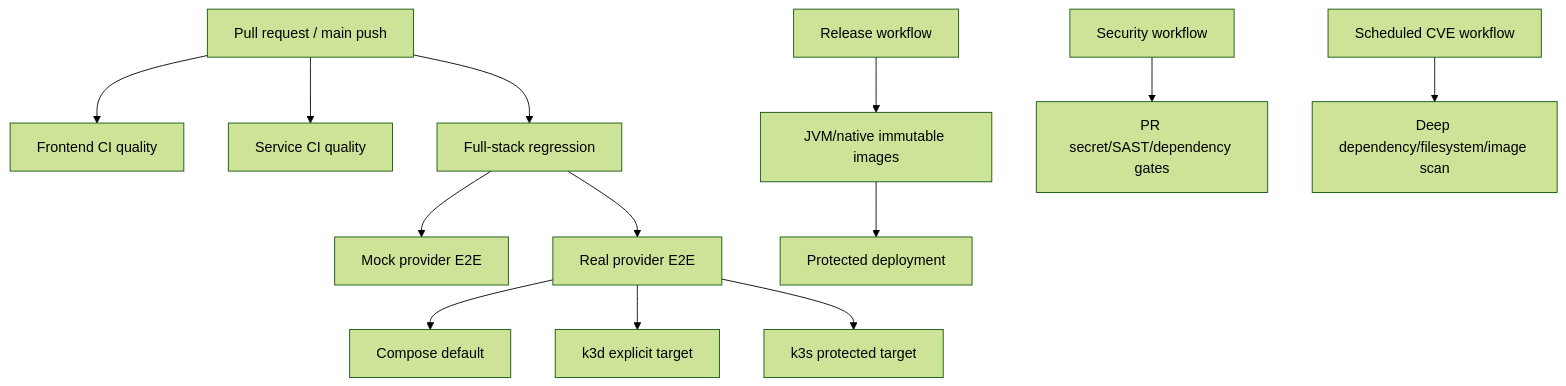
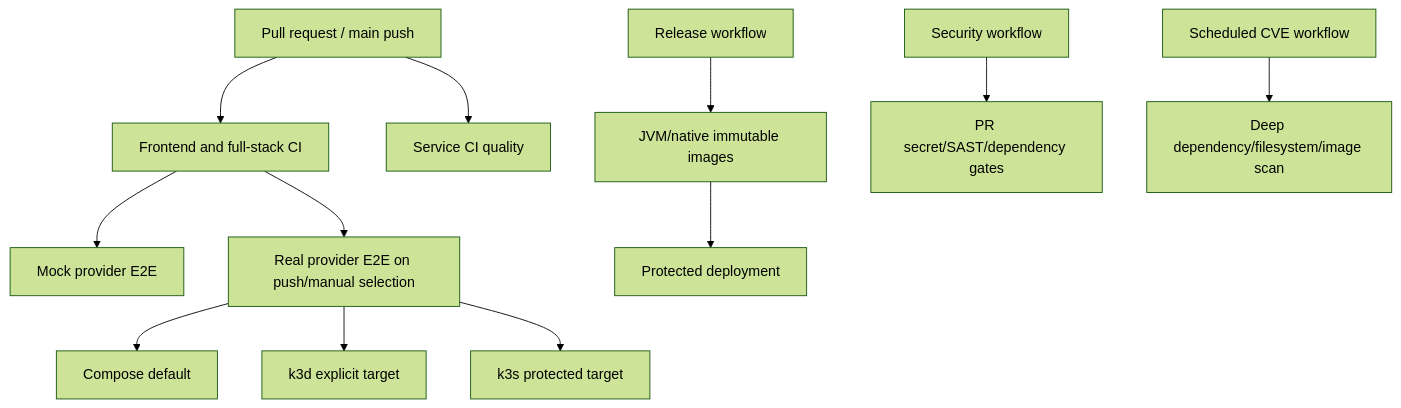
The second of 2 diagrams in docs/architecture/04-delivery/ci.md (migangdelzar/emme-web), drawn with Mermaid (forest theme) before and after one commit. The commit also changed other lines of this file and 9 other files, not shown here.

Commit message:
ci(web): unify frontend and full-stack workflow

````diff
--- a/docs/architecture/04-delivery/ci.md
+++ b/docs/architecture/04-delivery/ci.md
@@ -47,16 +47,15 @@
 ```mermaid
 flowchart TB
     PR[Pull request / main push]
-    PR --> Frontend[Frontend CI quality]
+    PR --> Frontend[Frontend and full-stack CI]
     PR --> Backend[Service CI quality]
-    PR --> Regression[Full-stack regression]
-    Regression --> Mock[Mock provider E2E]
-    Regression --> Real[Real provider E2E]
+    Frontend --> Mock[Mock provider E2E]
+    Frontend --> Real[Real provider E2E on push/manual selection]
     Real --> Compose[Compose default]
     Real --> K3d[k3d explicit target]
     Real --> K3s[k3s protected target]
     Release[Release workflow] --> Image[JVM/native immutable images]
     Image --> Deploy[Protected deployment]
     Security[Security workflow] --> Fast[PR secret/SAST/dependency gates]
     CVE[Scheduled CVE workflow] --> Deep[Deep dependency/filesystem/image scan]
 ```
````
